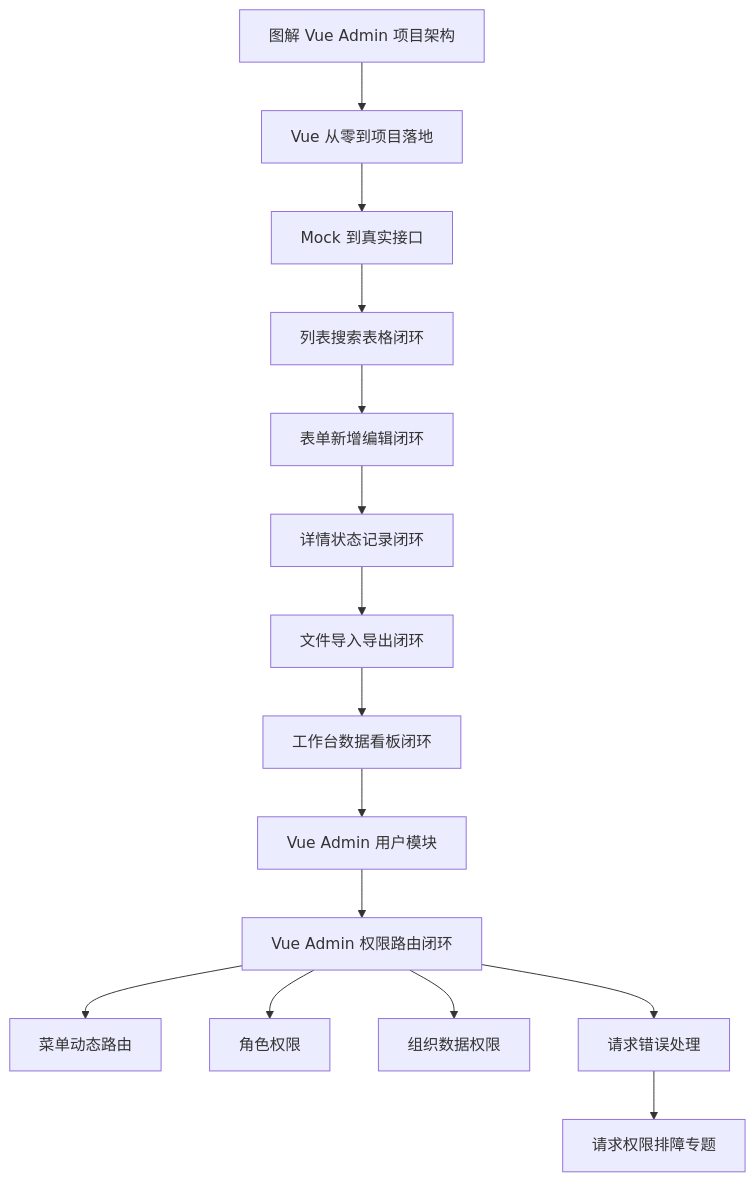
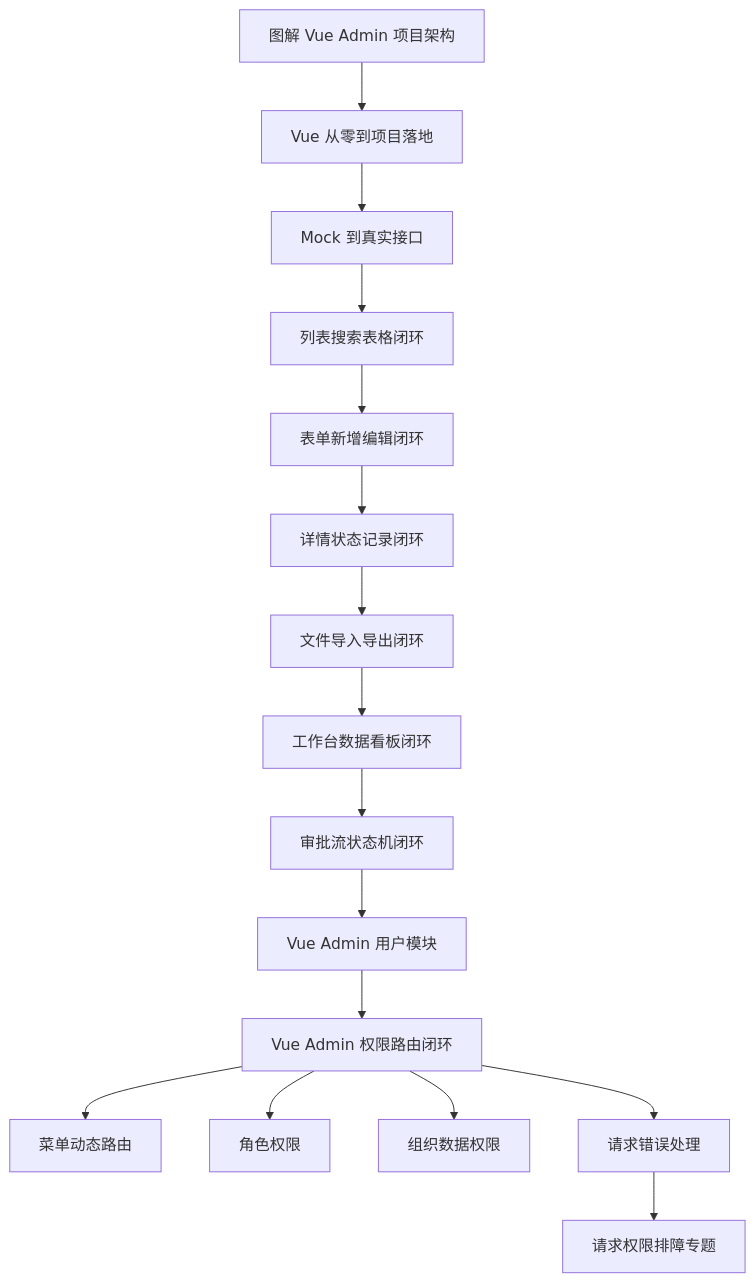
One commit to yokry-he/yok-study-web changed diagram 17 of 17 in docs/vue/admin-architecture-visual-guide.md. Above: the diagram before and after it, drawn with Mermaid. The commit also changed other lines of this file and 13 other files, not shown here.

Commit message:
docs: add Vue Admin approval workflow guide

````diff
--- a/docs/vue/admin-architecture-visual-guide.md
+++ b/docs/vue/admin-architecture-visual-guide.md
@@ -531,17 +531,18 @@
 ```mermaid
 flowchart TD
   A["图解 Vue Admin 项目架构"] --> B["Vue 从零到项目落地"]
   B --> C["Mock 到真实接口"]
   C --> D["列表搜索表格闭环"]
   D --> E["表单新增编辑闭环"]
   E --> F["详情状态记录闭环"]
   F --> G["文件导入导出闭环"]
   G --> H["工作台数据看板闭环"]
-  H --> I["Vue Admin 用户模块"]
-  I --> J["Vue Admin 权限路由闭环"]
-  J --> K["菜单动态路由"]
-  J --> L["角色权限"]
-  J --> M["组织数据权限"]
-  J --> N["请求错误处理"]
-  N --> O["请求权限排障专题"]
+  H --> I["审批流状态机闭环"]
+  I --> J["Vue Admin 用户模块"]
+  J --> K["Vue Admin 权限路由闭环"]
+  K --> L["菜单动态路由"]
+  K --> M["角色权限"]
+  K --> N["组织数据权限"]
+  K --> O["请求错误处理"]
+  O --> P["请求权限排障专题"]
 ```
````
